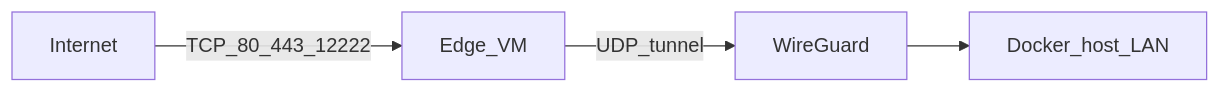
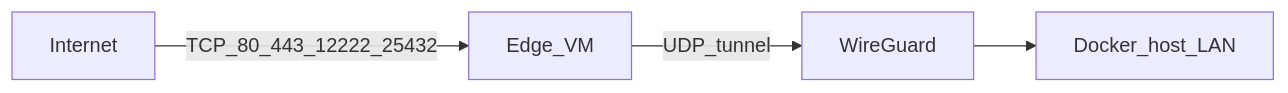
Before and after one commit to astarx-studio/devsecops-platform: the third of 3 diagrams in __DOCS__/99_maintainers/05_networking.md, drawn with Mermaid. The commit also changed other lines of this file and 33 other files, not shown here.

````diff
--- a/__DOCS__/99_maintainers/05_networking.md
+++ b/__DOCS__/99_maintainers/05_networking.md
@@ -415,11 +434,11 @@
 ```mermaid
 flowchart LR
   Internet[Internet]
   EdgeVM[Edge_VM]
   WG[WireGuard]
   HomeHost[Docker_host_LAN]
 
-  Internet -->|"TCP_80_443_12222"| EdgeVM
+  Internet -->|"TCP_80_443_12222_25432"| EdgeVM
   EdgeVM -->|"UDP_tunnel"| WG
   WG --> HomeHost
 ```
````
